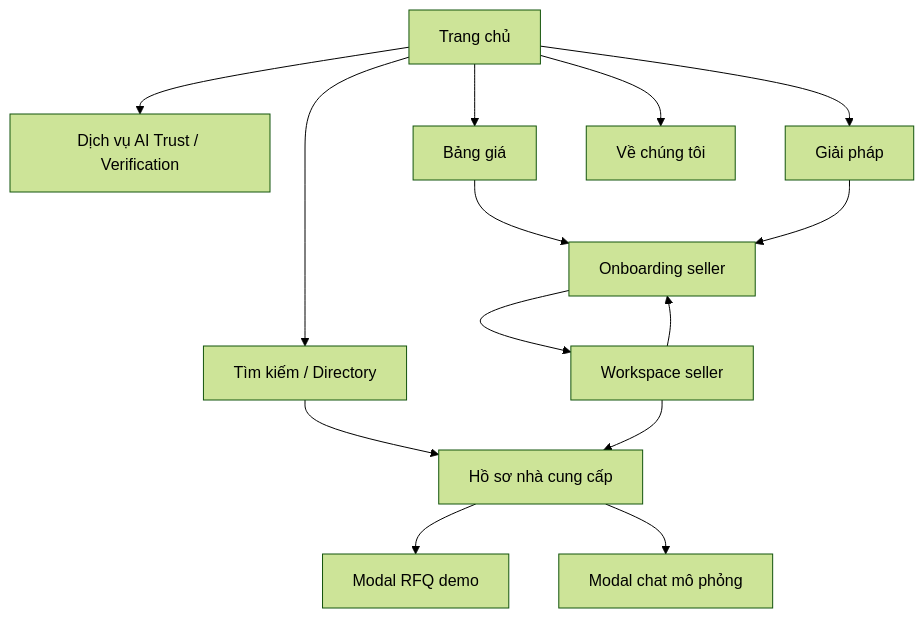
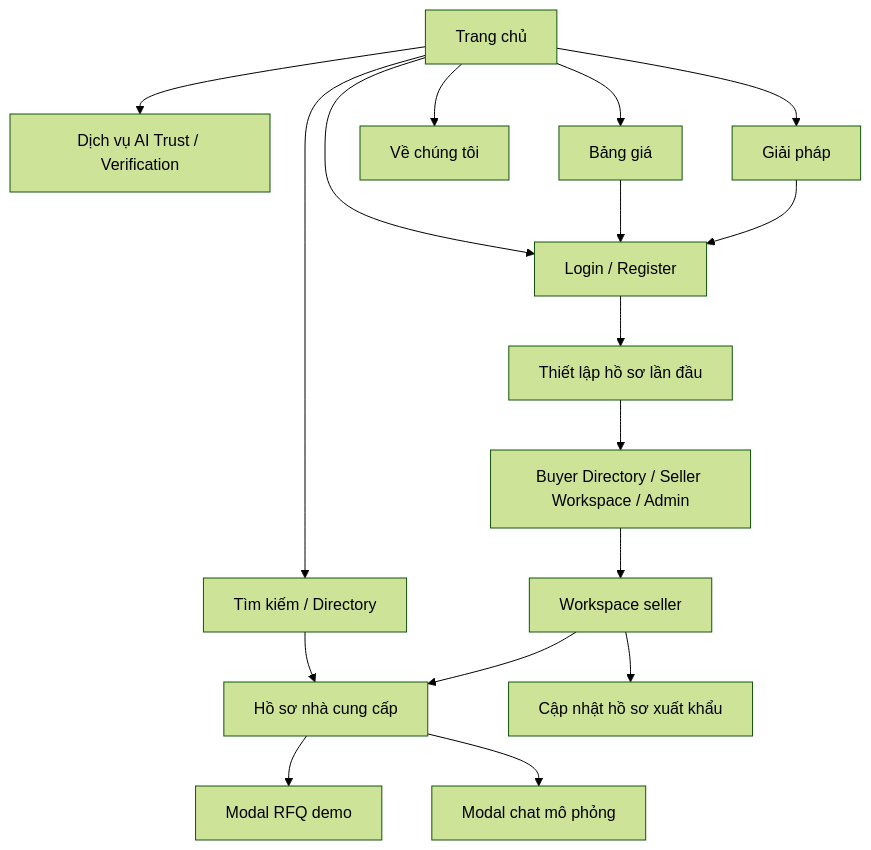
Before and after one commit to Tuanzeebee/VYBE-Trade-FE: the diagram in docs/FE_UI_GUIDE.md, drawn with Mermaid (forest theme). The commit also changed other lines of this file and 10 other files, not shown here.

Commit message:
feat(UI):add login register company

````diff
--- a/docs/FE_UI_GUIDE.md
+++ b/docs/FE_UI_GUIDE.md
@@ -89,16 +97,19 @@
 ```mermaid
 flowchart TD
   Home[Trang chủ] --> Search[Tìm kiếm / Directory]
   Search --> Detail[Hồ sơ nhà cung cấp]
   Detail --> RFQ[Modal RFQ demo]
   Detail --> Chat[Modal chat mô phỏng]
   Home --> Services[Dịch vụ AI Trust / Verification]
   Home --> Solutions[Giải pháp]
   Home --> Pricing[Bảng giá]
   Home --> About[Về chúng tôi]
-  Pricing --> Onboarding[Onboarding seller]
-  Solutions --> Onboarding
-  Onboarding --> Workspace[Workspace seller]
-  Workspace --> Onboarding
+  Home --> Auth[Login / Register]
+  Pricing --> Auth
+  Solutions --> Auth
+  Auth --> Onboarding[Thiết lập hồ sơ lần đầu]
+  Onboarding --> Destination[Buyer Directory / Seller Workspace / Admin]
+  Destination --> Workspace[Workspace seller]
+  Workspace --> EditProfile[Cập nhật hồ sơ xuất khẩu]
   Workspace --> Detail
 ```
````
